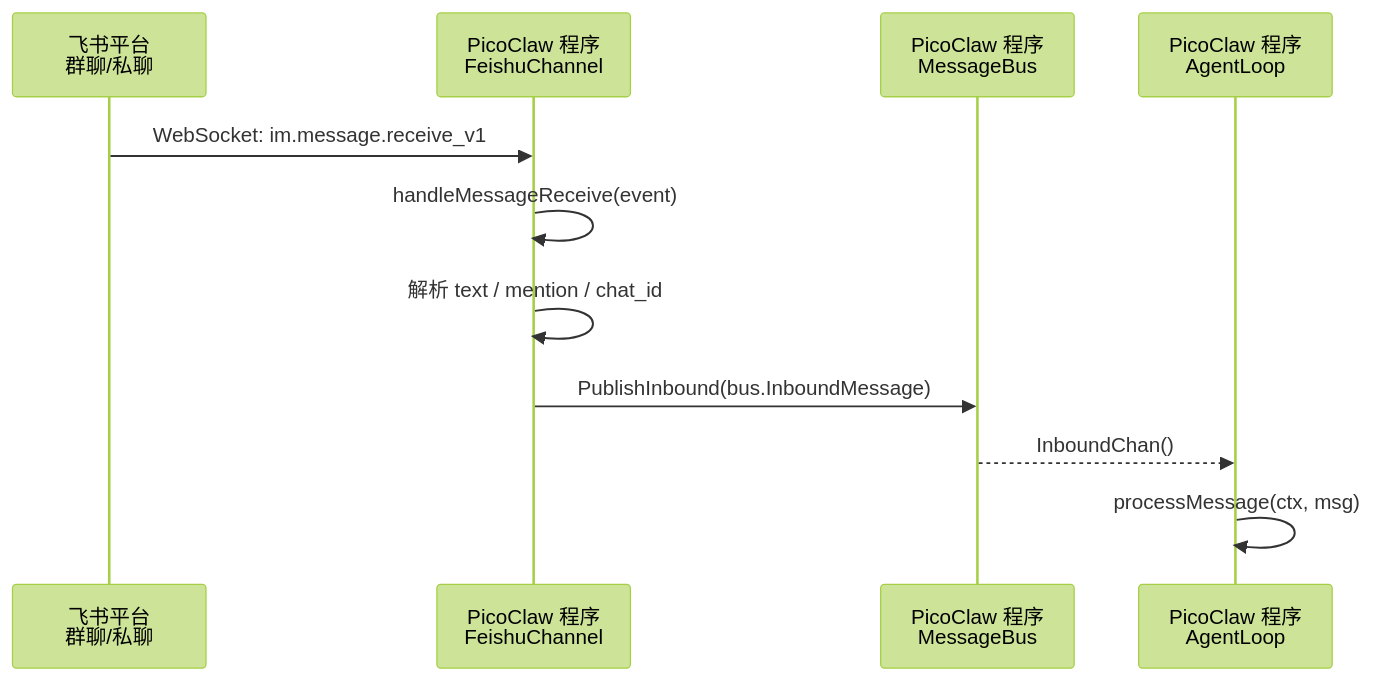
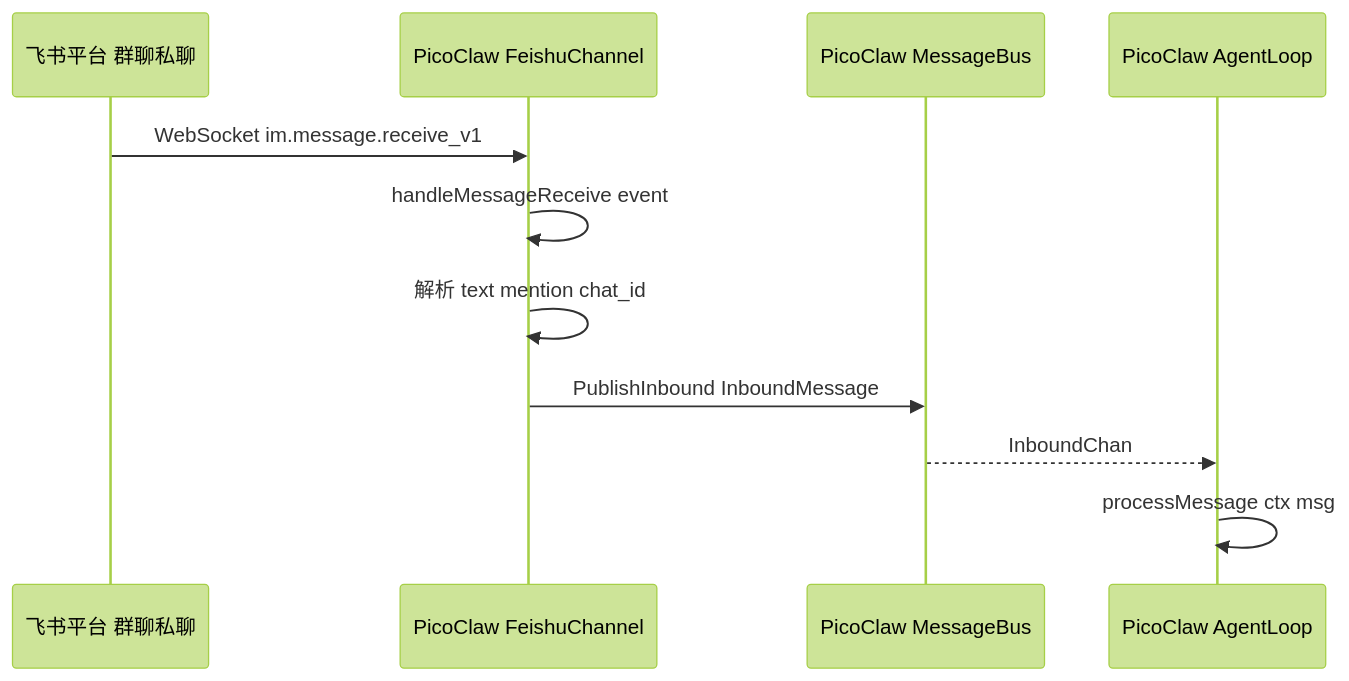
Before and after one commit to GatewayJ/csgclaw: the second of 12 diagrams in docs/channel/codex-feishu.zh.md, drawn with Mermaid (forest theme). The commit also changed other lines of this file, not shown here.

Commit message:
docs: simplify mermaid sequence syntax

````diff
--- a/docs/channel/codex-feishu.zh.md
+++ b/docs/channel/codex-feishu.zh.md
@@ -31,14 +31,14 @@
 ```mermaid
 sequenceDiagram
-    participant Feishu as 飞书平台<br/>群聊/私聊
-    participant Channel as PicoClaw 程序<br/>FeishuChannel
-    participant Bus as PicoClaw 程序<br/>MessageBus
-    participant Agent as PicoClaw 程序<br/>AgentLoop
+    participant Feishu as 飞书平台 群聊私聊
+    participant Channel as PicoClaw FeishuChannel
+    participant Bus as PicoClaw MessageBus
+    participant Agent as PicoClaw AgentLoop
 
-    Feishu->>Channel: WebSocket: im.message.receive_v1
-    Channel->>Channel: handleMessageReceive(event)
-    Channel->>Channel: 解析 text / mention / chat_id
-    Channel->>Bus: PublishInbound(bus.InboundMessage)
-    Bus-->>Agent: InboundChan()
-    Agent->>Agent: processMessage(ctx, msg)
+    Feishu->>Channel: WebSocket im.message.receive_v1
+    Channel->>Channel: handleMessageReceive event
+    Channel->>Channel: 解析 text mention chat_id
+    Channel->>Bus: PublishInbound InboundMessage
+    Bus-->>Agent: InboundChan
+    Agent->>Agent: processMessage ctx msg
 ```
````
